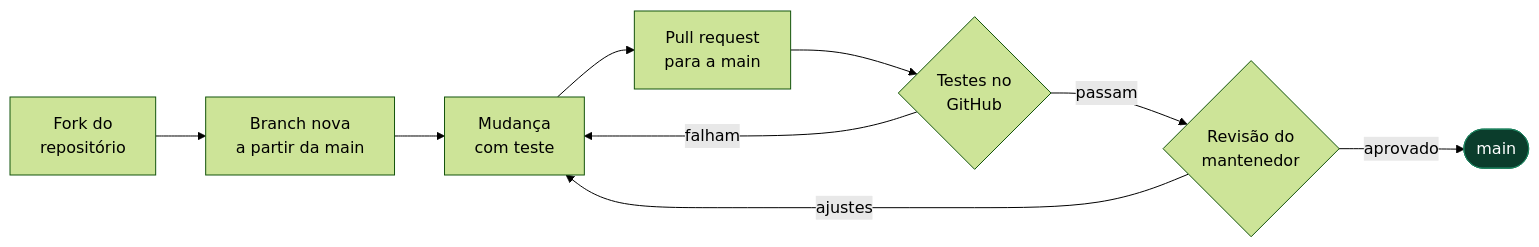
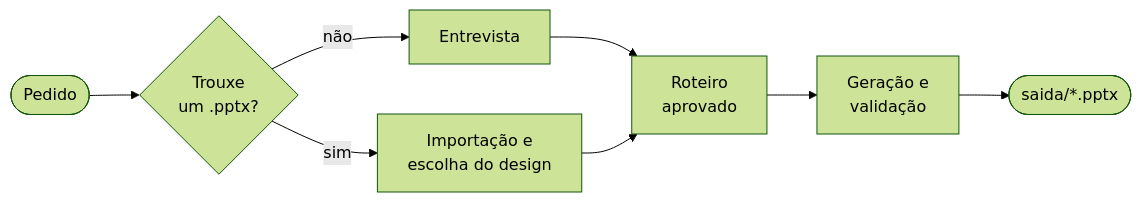
The diagram in README.md (Leonardo-Baptista/slidecraft), drawn with Mermaid (forest theme) before and after one commit. The commit also changed other lines of this file and 1 other file, not shown here.

````diff
--- a/README.md
+++ b/README.md
@@ -427,13 +92,10 @@
 ```mermaid
 flowchart LR
-    A["Fork do<br/>repositório"] --> B["Branch nova<br/>a partir da main"]
-    B --> C["Mudança<br/>com teste"]
-    C --> D["Pull request<br/>para a main"]
-    D --> E{"Testes no<br/>GitHub"}
-    E -->|"falham"| C
-    E -->|"passam"| F{"Revisão do<br/>mantenedor"}
-    F -->|"ajustes"| C
-    F -->|"aprovado"| G(["main"])
-
-    style G fill:#0B3D2C,stroke:#1C7F5C,color:#fff
+    P(["Pedido"]) --> Q{"Trouxe<br/>um .pptx?"}
+    Q -->|"não"| A["Entrevista"]
+    Q -->|"sim"| B["Importação e<br/>escolha do design"]
+    A --> R["Roteiro<br/>aprovado"]
+    B --> R
+    R --> G["Geração e<br/>validação"]
+    G --> S(["saida/*.pptx"])
 ```
````
